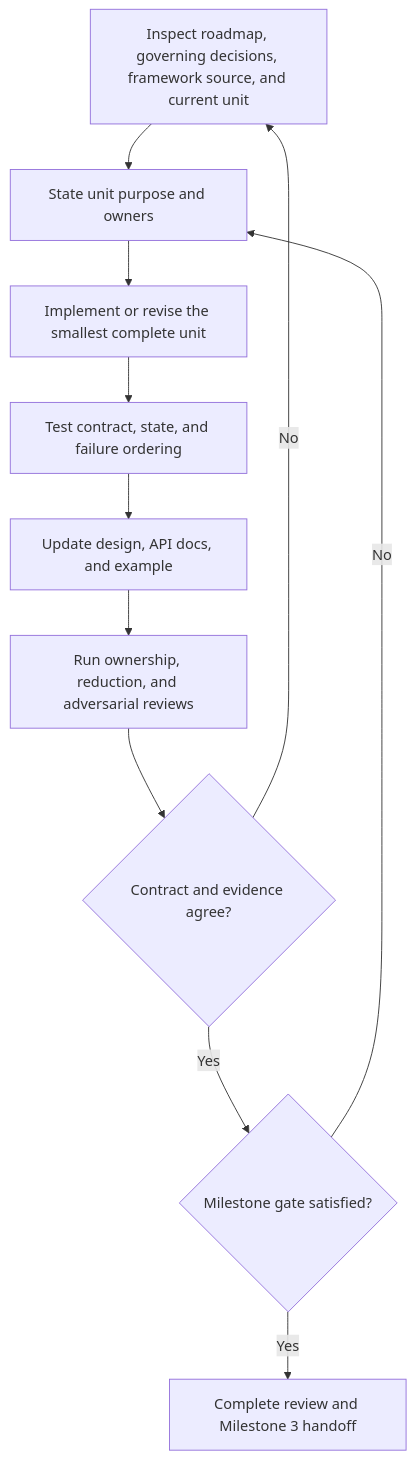
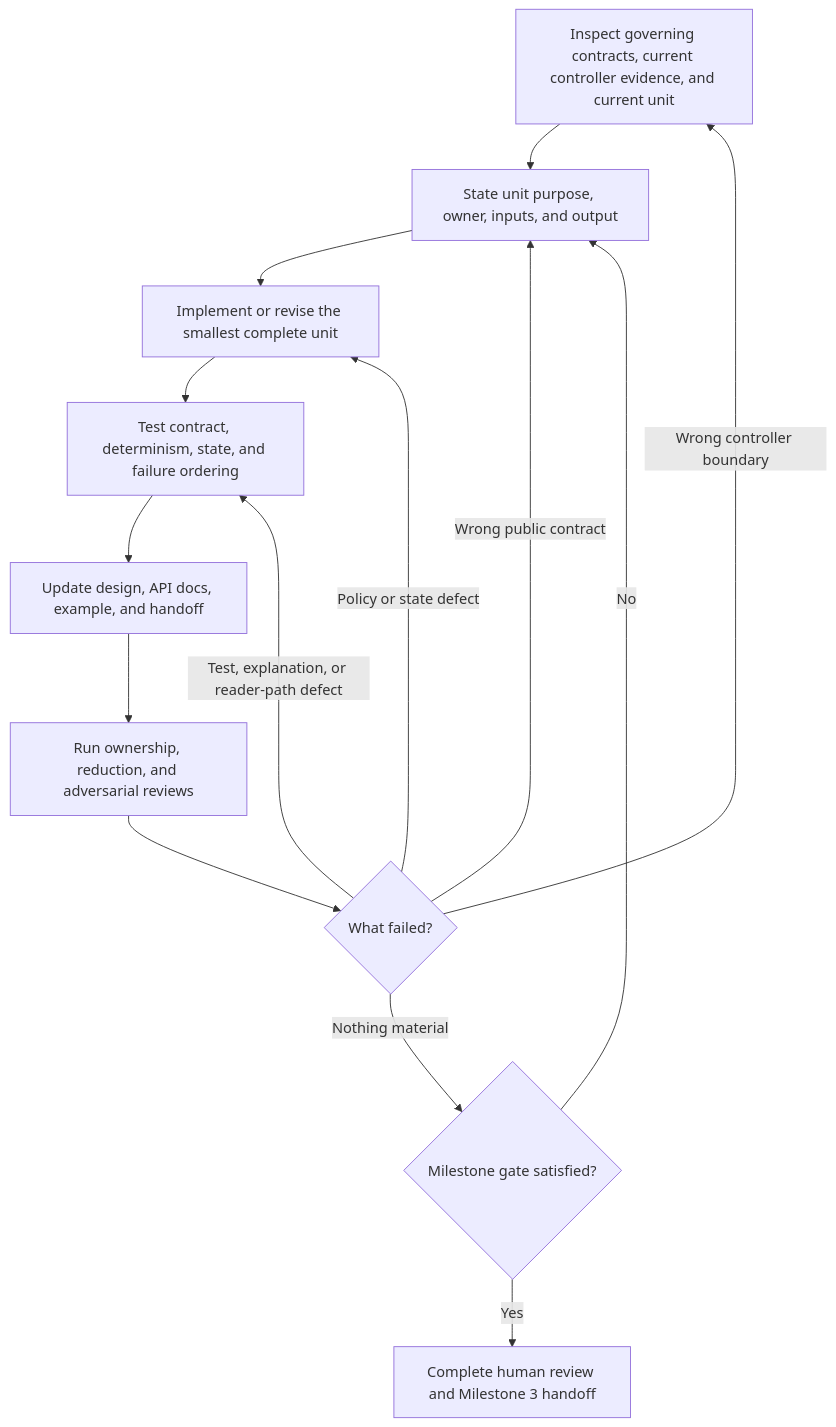
Before and after one commit to smithblack-0/ClanBasedTuning: the diagram in docs/milestones/evolutionary_controller_plan.md, drawn with Mermaid. The commit also changed other lines of this file, not shown here.

Commit message:
Refocus Milestone 2 plan on the independent controller

````diff
--- a/docs/milestones/evolutionary_controller_plan.md
+++ b/docs/milestones/evolutionary_controller_plan.md
@@ -56,13 +62,16 @@
 ```mermaid
 flowchart TD
-    A[Inspect roadmap, governing decisions, framework source, and current unit] --> B[State unit purpose and owners]
+    A[Inspect governing contracts, current controller evidence, and current unit] --> B[State unit purpose, owner, inputs, and output]
     B --> C[Implement or revise the smallest complete unit]
-    C --> D[Test contract, state, and failure ordering]
-    D --> E[Update design, API docs, and example]
+    C --> D[Test contract, determinism, state, and failure ordering]
+    D --> E[Update design, API docs, example, and handoff]
     E --> F[Run ownership, reduction, and adversarial reviews]
-    F --> G{Contract and evidence agree?}
-    G -- No --> A
-    G -- Yes --> H{Milestone gate satisfied?}
+    F --> G{What failed?}
+    G -- Wrong controller boundary --> A
+    G -- Wrong public contract --> B
+    G -- Policy or state defect --> C
+    G -- Test, explanation, or reader-path defect --> D
+    G -- Nothing material --> H{Milestone gate satisfied?}
     H -- No --> B
-    H -- Yes --> I[Complete review and Milestone 3 handoff]
+    H -- Yes --> I[Complete human review and Milestone 3 handoff]
 ```
````
